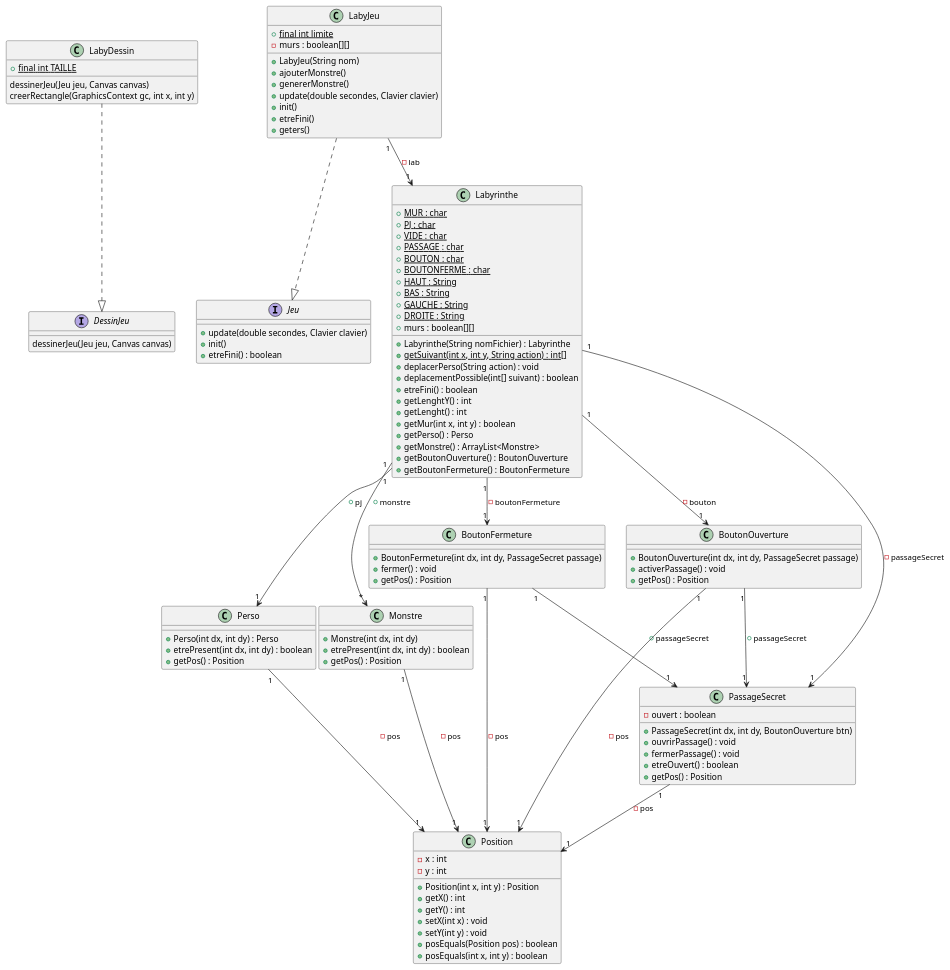
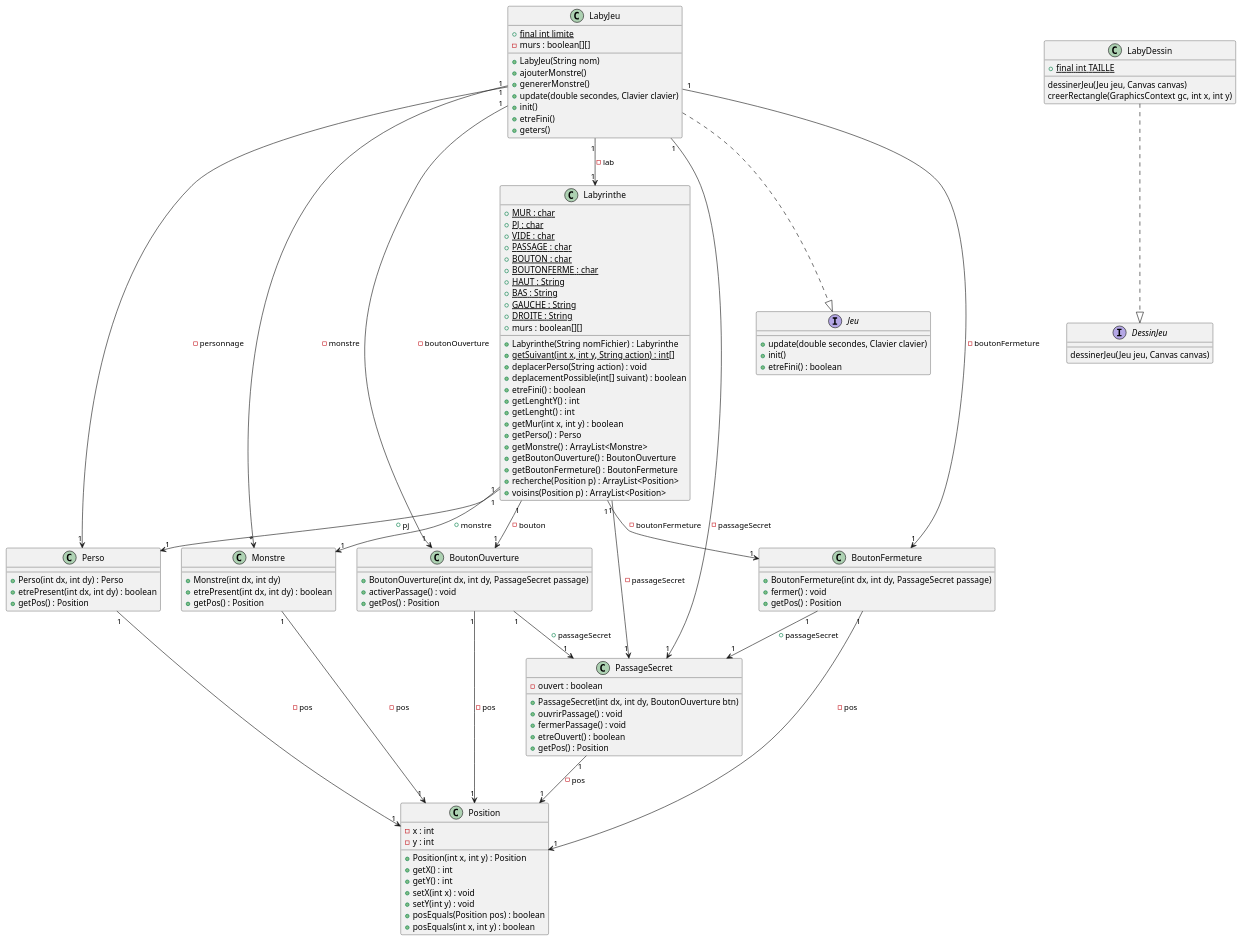
The diagram in documents/version_4/diagClasseV4.puml (Zhi-Sheng-Trieu/2022_Zeldiablo_Doan_Oudin_Trieu_Noel), drawn with PlantUML before and after one commit. The commit also changed 1 other file, not shown here.

```diff
--- a/documents/version_4/diagClasseV4.puml
+++ b/documents/version_4/diagClasseV4.puml
@@ -1,130 +1,137 @@
 @startuml
 
 'package moteurJeu'
 interface DessinJeu{
     dessinerJeu(Jeu jeu, Canvas canvas)
 }
 
 interface Jeu{
     +update(double secondes, Clavier clavier)
     +init()
     +etreFini() : boolean
 }
 
 
 'package JeuSimple'
 class LabyDessin{
     +{static}final int TAILLE
     dessinerJeu(Jeu jeu, Canvas canvas)
     creerRectangle(GraphicsContext gc, int x, int y)
 }
 
 LabyDessin ..|> DessinJeu
 
 class LabyJeu{
     +{static} final int limite
     -murs : boolean[][]
     +LabyJeu(String nom)
     +ajouterMonstre()
     +genererMonstre()
     +update(double secondes, Clavier clavier)
     +init()
     +etreFini()
     +geters()
 }
 
 LabyJeu ..|> Jeu
+LabyJeu "1"->"1" Perso : -personnage
+LabyJeu "1"->"*" Monstre : -monstre
+LabyJeu "1"->"1" PassageSecret : -passageSecret
+LabyJeu "1"->"1" BoutonOuverture : -boutonOuverture
+LabyJeu "1"->"1" BoutonFermeture : -boutonFermeture
 LabyJeu "1"-->"1" Labyrinthe : -lab
 
 
 'package gameLaby'
 class Labyrinthe{
     {static} +MUR : char
     {static} +PJ : char
     {static} +VIDE : char
     {static} +PASSAGE : char
     {static} +BOUTON : char
     {static} +BOUTONFERME : char
     {static} +HAUT : String
     {static} +BAS : String
     {static} +GAUCHE : String
     {static} +DROITE : String
     +murs : boolean[][]
 
     +Labyrinthe(String nomFichier) : Labyrinthe
     {static}+getSuivant(int x, int y, String action) : int[]
     +deplacerPerso(String action) : void
     +deplacementPossible(int[] suivant) : boolean
     +etreFini() : boolean
     +getLenghtY() : int
     +getLenght() : int
     +getMur(int x, int y) : boolean
     +getPerso() : Perso
     +getMonstre() : ArrayList<Monstre>
     +getBoutonOuverture() : BoutonOuverture
     +getBoutonFermeture() : BoutonFermeture
+    +recherche(Position p) : ArrayList<Position>
+    +voisins(Position p) : ArrayList<Position>
 
 
 }
 class Perso {
     +Perso(int dx, int dy) : Perso
     +etrePresent(int dx, int dy) : boolean
     +getPos() : Position
 }
 
 class Monstre{
     +Monstre(int dx, int dy)
     +etrePresent(int dx, int dy) : boolean
     +getPos() : Position
 }
 
 class PassageSecret {
     -ouvert : boolean
     +PassageSecret(int dx, int dy, BoutonOuverture btn)
     +ouvrirPassage() : void
     +fermerPassage() : void
     +etreOuvert() : boolean
     +getPos() : Position
 }
 
 class BoutonOuverture {
     +BoutonOuverture(int dx, int dy, PassageSecret passage)
     +activerPassage() : void
     +getPos() : Position
 }
 
 class BoutonFermeture {
     +BoutonFermeture(int dx, int dy, PassageSecret passage)
     +fermer() : void
     +getPos() : Position
 }
 
 class Position {
     -x : int
     -y : int
     +Position(int x, int y) : Position
     +getX() : int
     +getY() : int
     +setX(int x) : void
     +setY(int y) : void
     +posEquals(Position pos) : boolean
     +posEquals(int x, int y) : boolean
 }
 
 
 
 Labyrinthe "1"-->"1" Perso : +pj
-Labyrinthe "1"-->"*" Monstre : +monstre
+Labyrinthe "1"-->"1" Monstre : +monstre
 Labyrinthe "1"-->"1" PassageSecret : -passageSecret
 Labyrinthe "1"-->"1" BoutonOuverture : -bouton
 Labyrinthe "1"-->"1" BoutonFermeture : -boutonFermeture
 BoutonOuverture "1"-->"1" PassageSecret : +passageSecret
 BoutonFermeture "1"-->"1" PassageSecret : +passageSecret
 BoutonFermeture "1"-->"1" Position : -pos
 Perso "1"-->"1" Position : -pos
 Monstre "1"-->"1" Position : -pos
 PassageSecret "1"-->"1" Position : -pos
 BoutonOuverture "1"-->"1" Position : -pos
 
 
 @enduml
```
